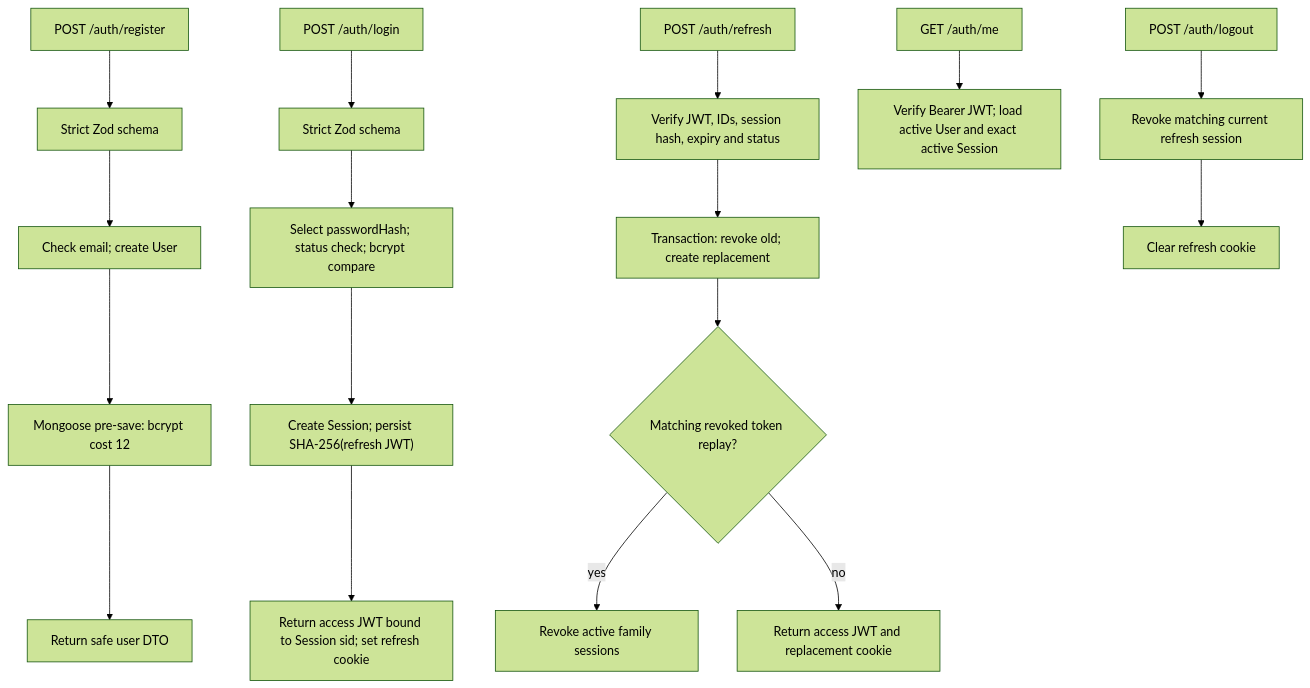
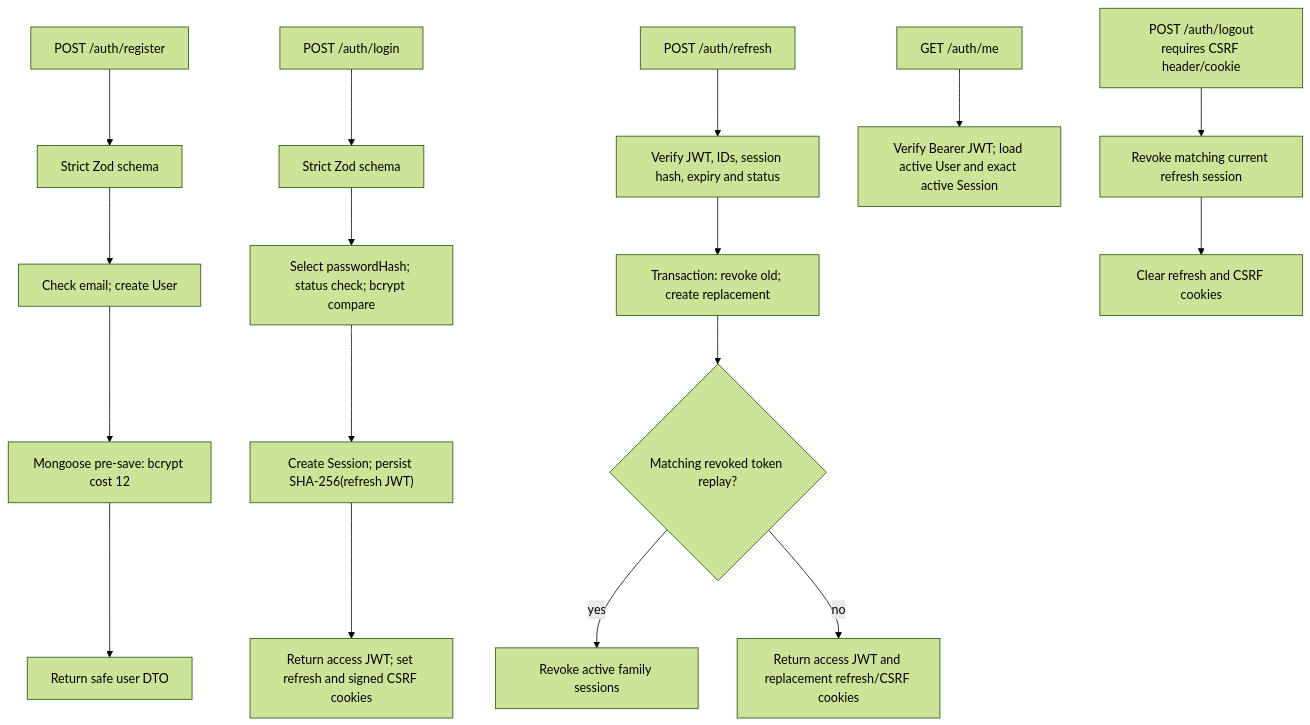
One commit to Krish-CyberSec/TeamSync changed the third of 4 diagrams in docs/05_SYSTEM_ARCHITECTURE.md. Above: the diagram before and after it, drawn with Mermaid (forest theme). The commit also changed other lines of this file and 11 other files, not shown here.

````diff
--- a/docs/05_SYSTEM_ARCHITECTURE.md
+++ b/docs/05_SYSTEM_ARCHITECTURE.md
@@ -158,19 +160,19 @@
 ```mermaid
 flowchart TD
   Register["POST /auth/register"] --> RegValidate["Strict Zod schema"]
   RegValidate --> RegService["Check email; create User"]
   RegService --> Hash["Mongoose pre-save: bcrypt cost 12"]
   Hash --> SafeReg["Return safe user DTO"]
   Login["POST /auth/login"] --> LoginValidate["Strict Zod schema"]
   LoginValidate --> Credentials["Select passwordHash; status check; bcrypt compare"]
   Credentials --> Session["Create Session; persist SHA-256(refresh JWT)"]
-  Session --> Tokens["Return access JWT bound to Session sid; set refresh cookie"]
+  Session --> Tokens["Return access JWT; set refresh and signed CSRF cookies"]
   Refresh["POST /auth/refresh"] --> Verify["Verify JWT, IDs, session hash, expiry and status"]
   Verify --> Transaction["Transaction: revoke old; create replacement"]
   Transaction --> Replay{"Matching revoked token replay?"}
   Replay -->|"yes"| Family["Revoke active family sessions"]
-  Replay -->|"no"| NewTokens["Return access JWT and replacement cookie"]
+  Replay -->|"no"| NewTokens["Return access JWT and replacement refresh/CSRF cookies"]
   Me["GET /auth/me"] --> Bearer["Verify Bearer JWT; load active User and exact active Session"]
-  Logout["POST /auth/logout"] --> Revoke["Revoke matching current refresh session"]
-  Revoke --> Clear["Clear refresh cookie"]
+  Logout["POST /auth/logout<br/>requires CSRF header/cookie"] --> Revoke["Revoke matching current refresh session"]
+  Revoke --> Clear["Clear refresh and CSRF cookies"]
 ```
````
